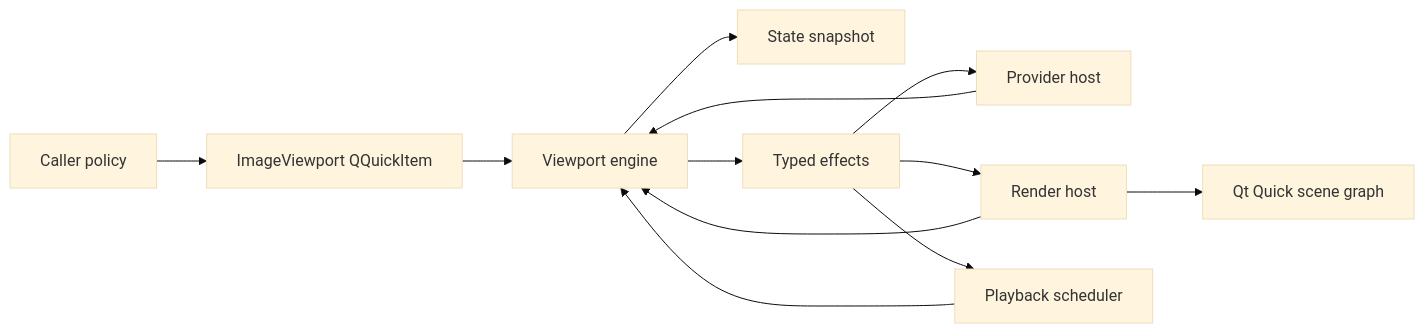
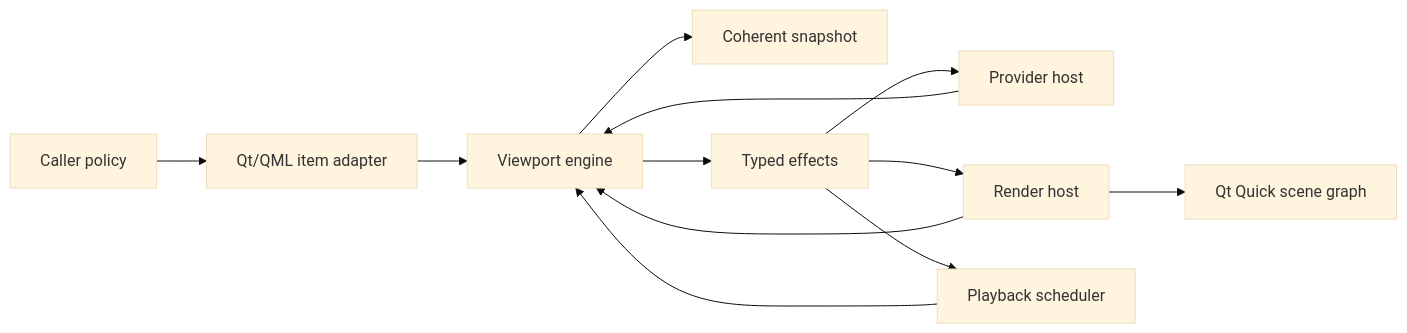
The diagram in docs/architecture/subsystem-boundaries.md (hnjae/kiriview), drawn with Mermaid (base theme) before and after one commit. The commit also changed other lines of this file and 15 other files, not shown here.

````diff
--- a/docs/architecture/subsystem-boundaries.md
+++ b/docs/architecture/subsystem-boundaries.md
@@ -5,14 +5,14 @@
 ```mermaid
 flowchart LR
-    Caller[Caller policy] --> Item[ImageViewport QQuickItem]
+    Caller[Caller policy] --> Item[Qt/QML item adapter]
     Item --> Engine[Viewport engine]
-    Engine --> Snapshot[State snapshot]
+    Engine --> Snapshot[Coherent snapshot]
     Engine --> Effects[Typed effects]
     Effects --> ProviderHost[Provider host]
     Effects --> RenderHost[Render host]
     Effects --> Scheduler[Playback scheduler]
     ProviderHost --> Engine
     RenderHost --> Engine
     Scheduler --> Engine
     RenderHost --> SceneGraph[Qt Quick scene graph]
 ```
````
